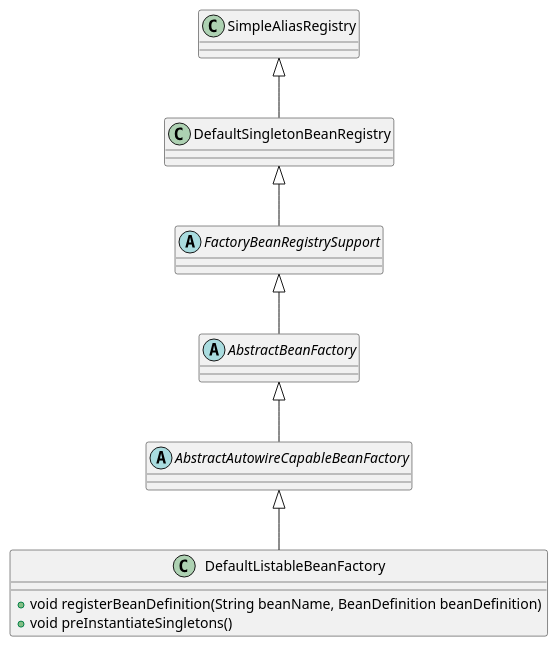
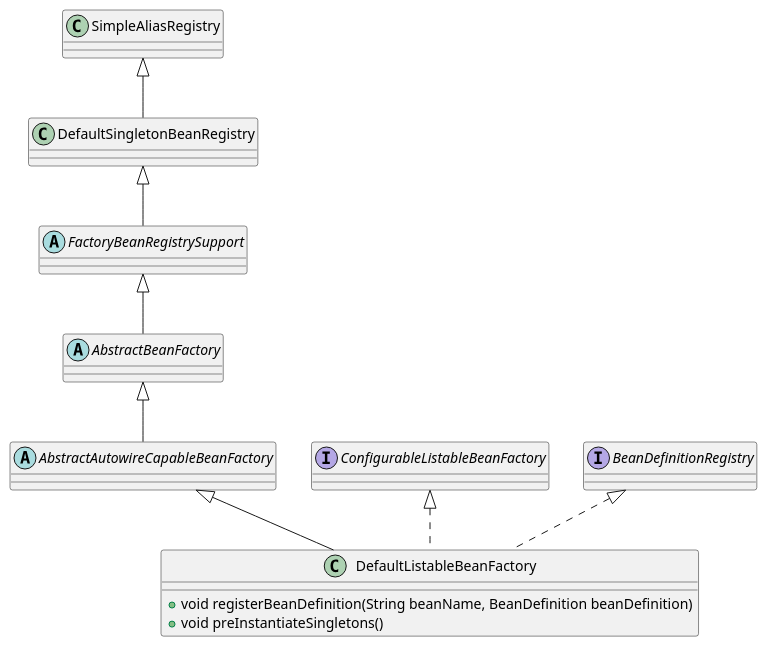
Before and after one commit to onlyonion/development: the first of 4 diagrams in docs/20-framework/src/spring/spring-beans/factory/support/DefaultListableBeanFactory.md, drawn with PlantUML. The commit also changed other lines of this file and 64 other files, not shown here.

````diff
--- a/docs/20-framework/src/spring/spring-beans/factory/support/DefaultListableBeanFactory.md
+++ b/docs/20-framework/src/spring/spring-beans/factory/support/DefaultListableBeanFactory.md
@@ -15,25 +15,31 @@
 ```plantuml
 @startuml
 
 class SimpleAliasRegistry
 
 class DefaultSingletonBeanRegistry
 SimpleAliasRegistry ^-- DefaultSingletonBeanRegistry
 
 abstract class FactoryBeanRegistrySupport
 DefaultSingletonBeanRegistry ^-- FactoryBeanRegistrySupport
 
 abstract class AbstractBeanFactory
 FactoryBeanRegistrySupport ^-- AbstractBeanFactory 
 
 abstract class AbstractAutowireCapableBeanFactory
 AbstractBeanFactory ^-- AbstractAutowireCapableBeanFactory 
 
 class DefaultListableBeanFactory {
     + void registerBeanDefinition(String beanName, BeanDefinition beanDefinition)
     + void preInstantiateSingletons()
 }
 AbstractAutowireCapableBeanFactory ^-- DefaultListableBeanFactory 
 
+''''''''''''''''''''''''实现的接口''''''''''''''''''''''''''''''
+interface ConfigurableListableBeanFactory
+interface BeanDefinitionRegistry
+ConfigurableListableBeanFactory ^.. DefaultListableBeanFactory 
+BeanDefinitionRegistry ^.. DefaultListableBeanFactory 
+
 @enduml
 ```
````
